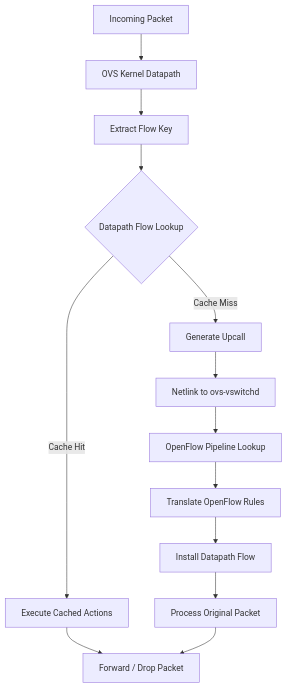
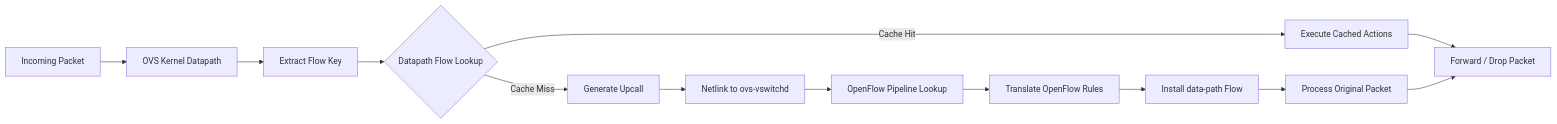
Before and after one commit to prk-2023/vork_area: the first of 6 diagrams in 2026/Karyalayam/OVS/OVSDatapathArchFlowCacheHWOffInt.md, drawn with Mermaid. The commit also changed other lines of this file and 1 other file, not shown here.

````diff
--- a/2026/Karyalayam/OVS/OVSDatapathArchFlowCacheHWOffInt.md
+++ b/2026/Karyalayam/OVS/OVSDatapathArchFlowCacheHWOffInt.md
@@ -114,18 +138,19 @@
 ```mermaid
-flowchart TD
+flowchart LR
     A[Incoming Packet] --> B[OVS Kernel Datapath]
     B --> C[Extract Flow Key]
     C --> D{Datapath Flow Lookup}
 
     D -->|Cache Hit| E[Execute Cached Actions]
     E --> F[Forward / Drop Packet]
 
     D -->|Cache Miss| G[Generate Upcall]
     G --> H[Netlink to ovs-vswitchd]
     H --> I[OpenFlow Pipeline Lookup]
     I --> J[Translate OpenFlow Rules]
-    J --> K[Install Datapath Flow]
+    J --> K[Install data-path Flow]
     K --> L[Process Original Packet]
 
     L --> F
+
 ```
````
